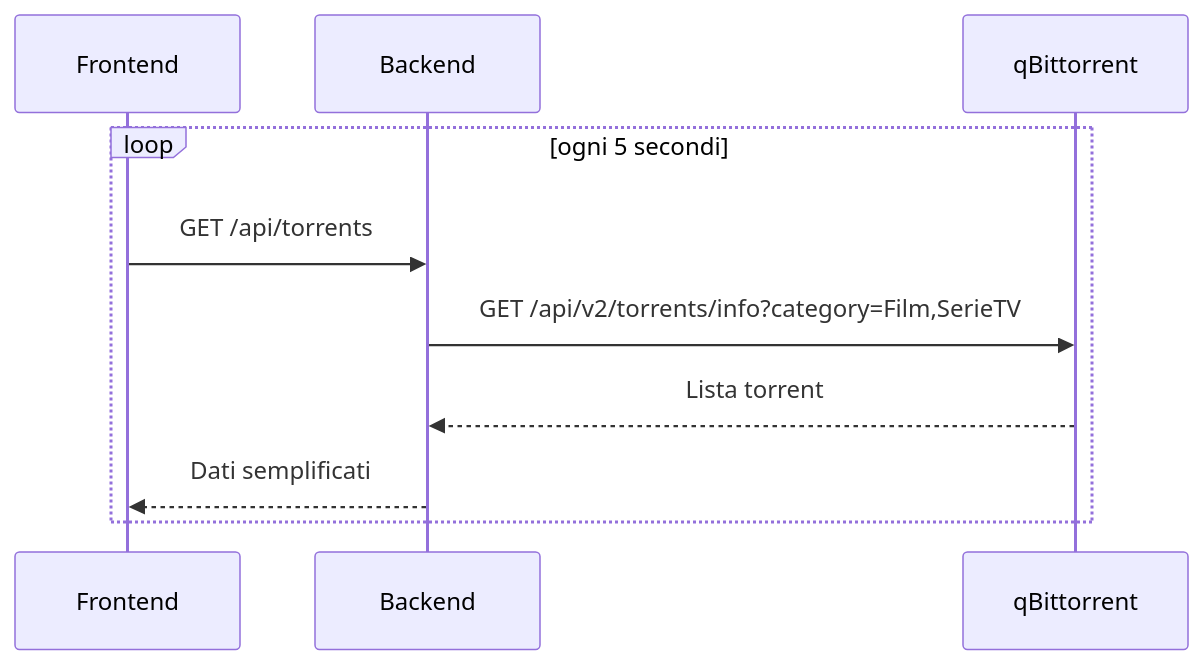
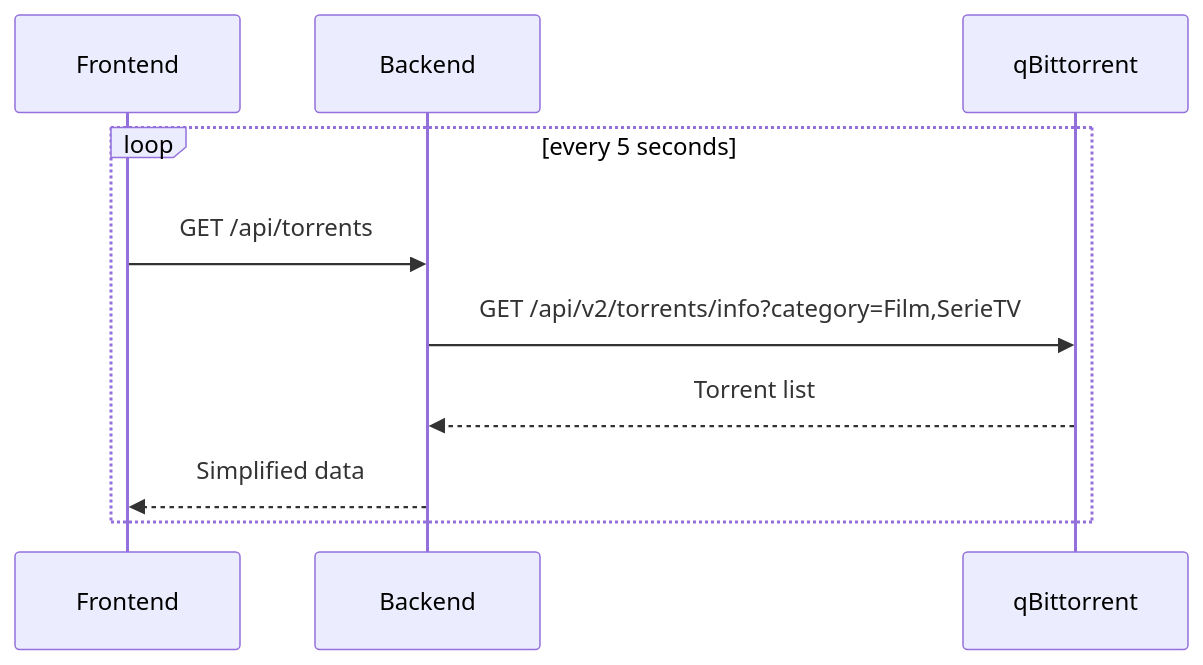
Before and after one commit to Emanuele94/flatflix: the fourth of 4 diagrams in qbit-wrapper.md, drawn with Mermaid. The commit also changed other lines of this file and 1 other file, not shown here.

````diff
--- a/qbit-wrapper.md
+++ b/qbit-wrapper.md
@@ -142,13 +142,13 @@
 ```mermaid
 sequenceDiagram
     participant FE as Frontend
     participant BE as Backend
     participant QB as qBittorrent
 
-    loop ogni 5 secondi
+    loop every 5 seconds
         FE->>BE: GET /api/torrents
         BE->>QB: GET /api/v2/torrents/info?category=Film,SerieTV
-        QB-->>BE: Lista torrent
-        BE-->>FE: Dati semplificati
+        QB-->>BE: Torrent list
+        BE-->>FE: Simplified data
     end
 ```
````
